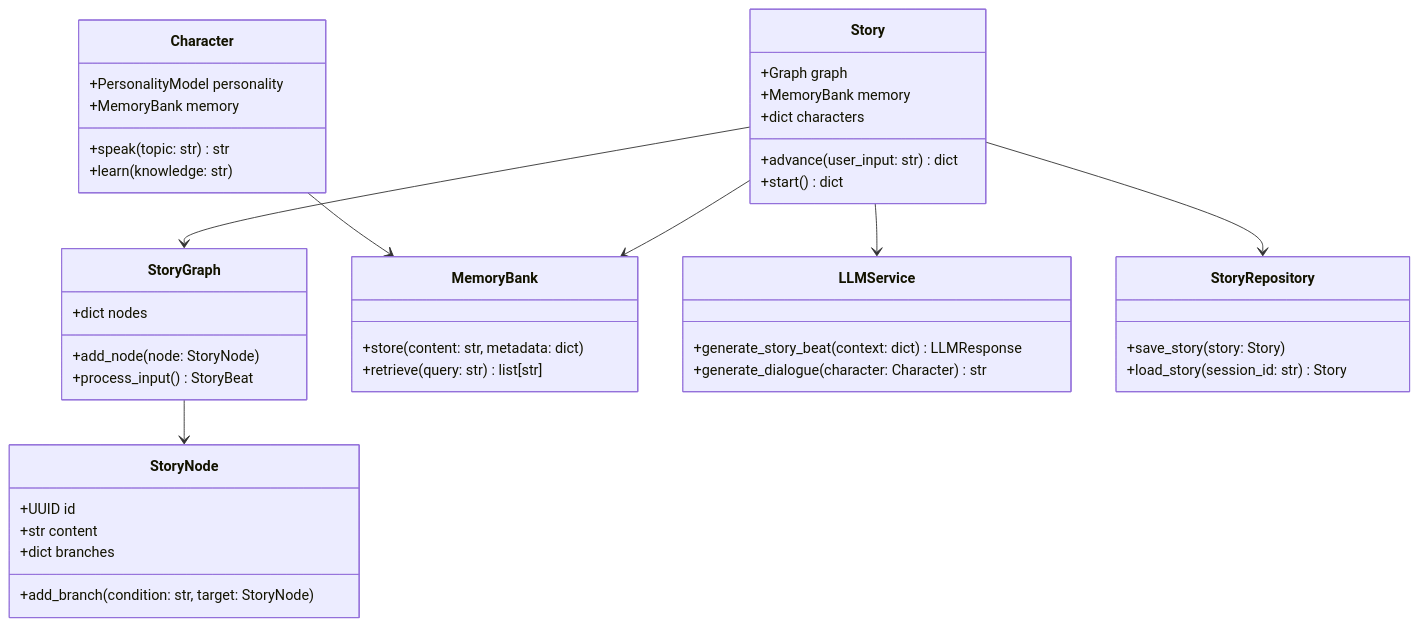
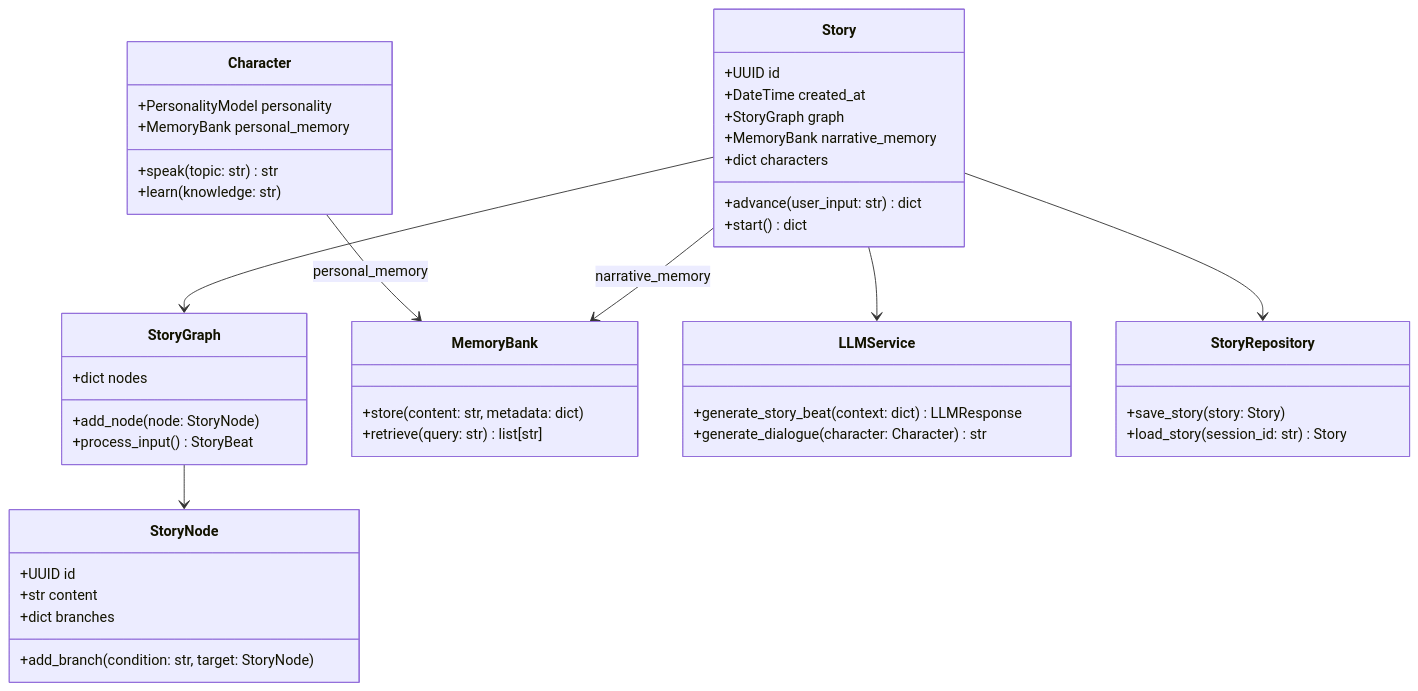
One commit to kodackx/echo-forge-ai changed the first of 2 diagrams in README.md. Above: the diagram before and after it, drawn with Mermaid. The commit also changed other lines of this file and 4 other files, not shown here.

Commit message:
graph updates and llm call updates

````diff
--- a/README.md
+++ b/README.md
@@ -110,52 +110,54 @@
 ```mermaid
 classDiagram
     class Story {
-        +Graph graph
-        +MemoryBank memory
+        +UUID id
+        +DateTime created_at
+        +StoryGraph graph
+        +MemoryBank narrative_memory
         +dict characters
         +advance(user_input: str) dict
         +start() dict
     }
     
     class StoryGraph {
         +dict nodes
         +add_node(node: StoryNode)
         +process_input() StoryBeat
     }
     
     class StoryNode {
         +UUID id
         +str content
         +dict branches
         +add_branch(condition: str, target: StoryNode)
     }
     
     class Character {
         +PersonalityModel personality
-        +MemoryBank memory
+        +MemoryBank personal_memory
         +speak(topic: str) str
         +learn(knowledge: str)
     }
     
     class MemoryBank {
         +store(content: str, metadata: dict)
         +retrieve(query: str) list[str]
     }
     
     class LLMService {
         +generate_story_beat(context: dict) LLMResponse
         +generate_dialogue(character: Character) str
     }
     
     class StoryRepository {
         +save_story(story: Story)
         +load_story(session_id: str) Story
     }
     
     Story --> StoryGraph
-    Story --> MemoryBank
+    Story --> MemoryBank: narrative_memory
     Story --> LLMService
     Story --> StoryRepository
-    Character --> MemoryBank
+    Character --> MemoryBank: personal_memory
     StoryGraph --> StoryNode
 ```
````
